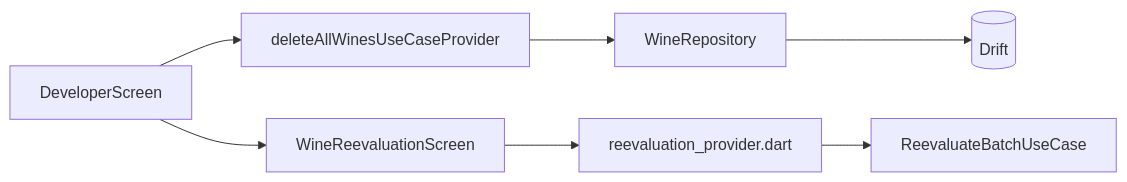
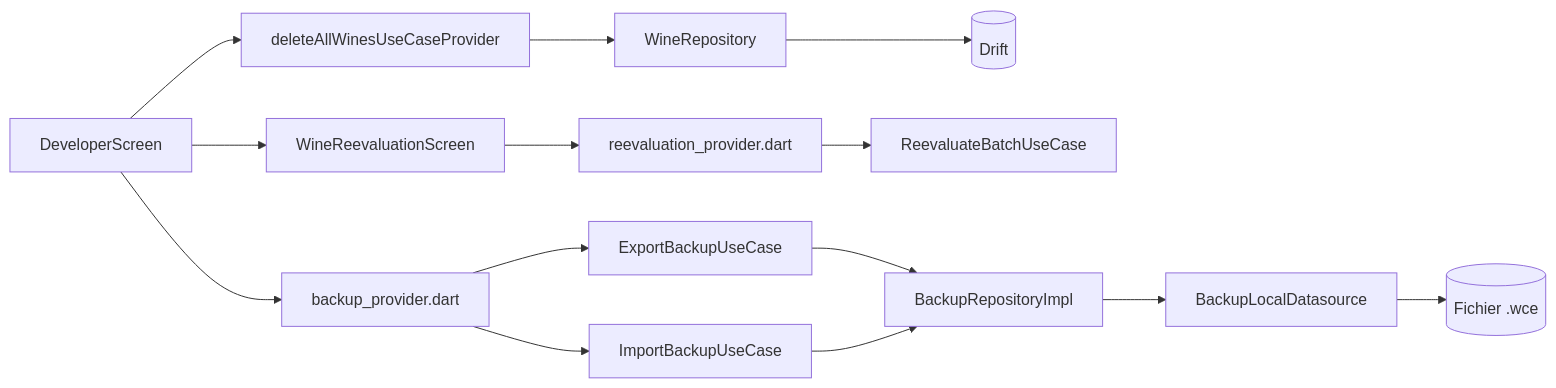
Before and after one commit to MauMau1605/WineCellar: the diagram in docs/features/developer.md, drawn with Mermaid. The commit also changed other lines of this file and 46 other files, not shown here.

````diff
--- a/docs/features/developer.md
+++ b/docs/features/developer.md
@@ -39,10 +80,18 @@
 ```mermaid
 flowchart LR
     DevScreen[DeveloperScreen] --> DeleteAll[deleteAllWinesUseCaseProvider]
     DeleteAll --> WineRepo[WineRepository]
     WineRepo --> DB[(Drift)]
 
     DevScreen --> Reevaluate[WineReevaluationScreen]
     Reevaluate --> ReevaluationProvider[reevaluation_provider.dart]
     ReevaluationProvider --> BatchUseCase[ReevaluateBatchUseCase]
+
+    DevScreen --> BackupNotifier[backup_provider.dart]
+    BackupNotifier --> ExportUC[ExportBackupUseCase]
+    BackupNotifier --> ImportUC[ImportBackupUseCase]
+    ExportUC --> BackupRepo[BackupRepositoryImpl]
+    ImportUC --> BackupRepo
+    BackupRepo --> Datasource[BackupLocalDatasource]
+    Datasource --> FileSystem[(Fichier .wce)]
 ```
````
